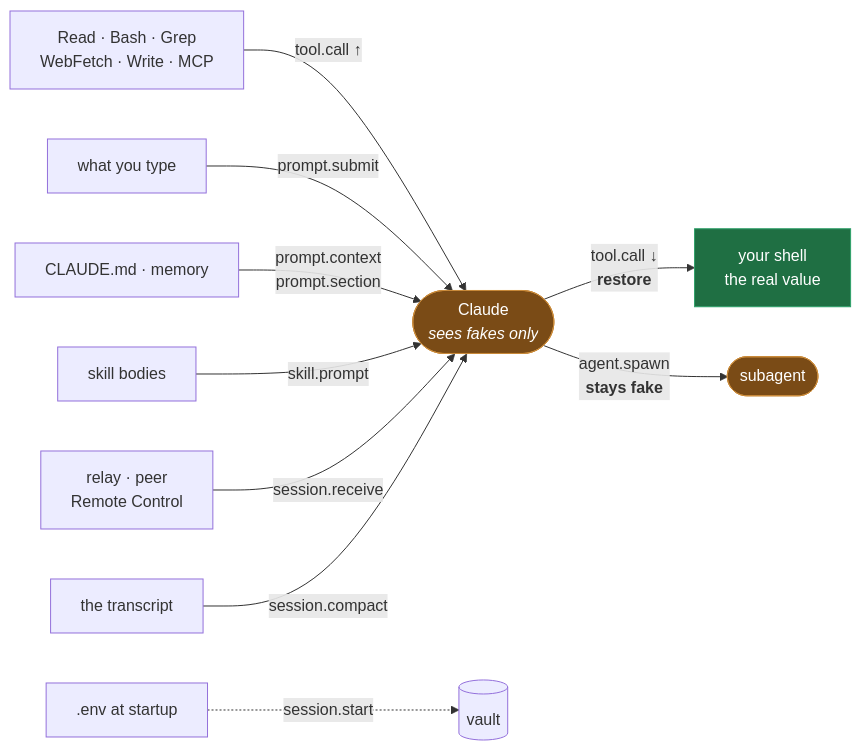
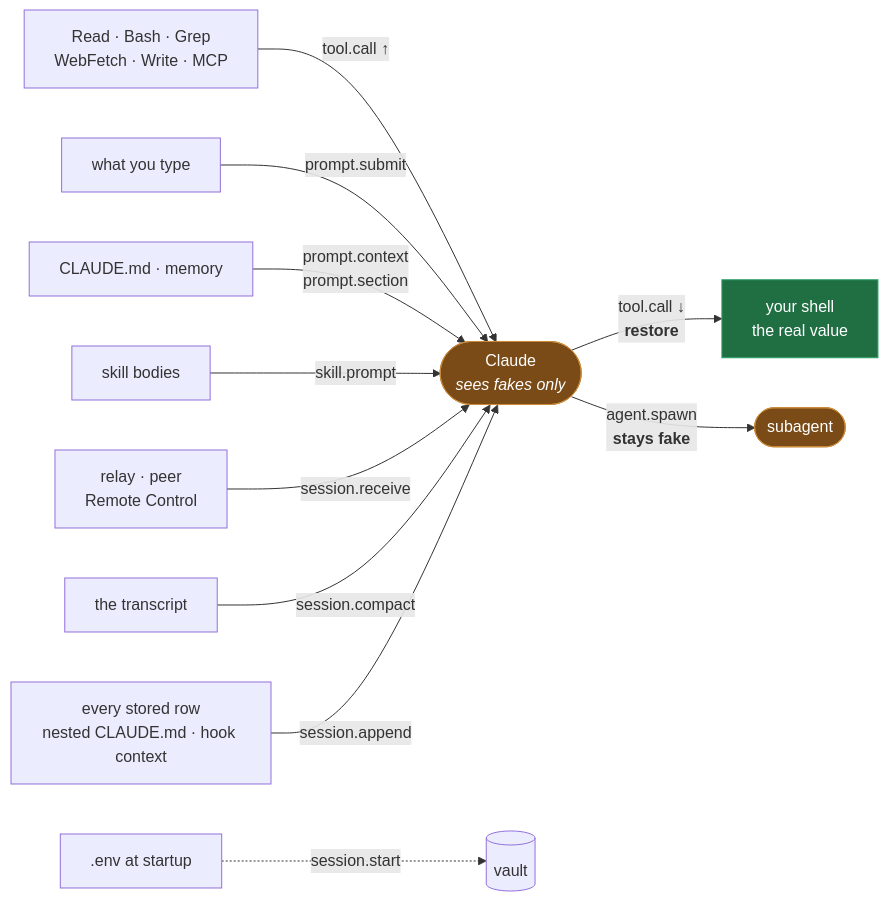
One commit to pratikbin/opensecretmask changed the second of 3 diagrams in README.md. Above: the diagram before and after it, drawn with Mermaid. The commit also changed other lines of this file and 27 other files, not shown here.

First line of the commit message:
feat(detect): mask every row, gate every prefix, add rules

````diff
--- a/README.md
+++ b/README.md
@@ -108,21 +108,22 @@
 ```mermaid
 flowchart LR
     TOOLS["Read · Bash · Grep<br/>WebFetch · Write · MCP"] -->|tool.call ↑| MODEL
     PROMPT["what you type"] -->|prompt.submit| MODEL
     CTX["CLAUDE.md · memory"] -->|prompt.context<br/>prompt.section| MODEL
     DISK["skill bodies"] -->|skill.prompt| MODEL
     RELAY["relay · peer<br/>Remote Control"] -->|session.receive| MODEL
     PAST["the transcript"] -->|session.compact| MODEL
+    ROWS["every stored row<br/>nested CLAUDE.md · hook context"] -->|session.append| MODEL
 
     MODEL(["Claude<br/><i>sees fakes only</i>"])
 
     MODEL -->|tool.call ↓<br/><b>restore</b>| OUT["your shell<br/>the real value"]
     MODEL -->|agent.spawn<br/><b>stays fake</b>| SUB(["subagent"])
 
     ENVF[".env at startup"] -.->|session.start| V[("vault")]
 
     classDef m fill:#7a4b16,stroke:#c98a3a,color:#fff
     classDef r fill:#1f6f43,stroke:#2ea16a,color:#fff
     class MODEL,SUB m
     class OUT r
 ```
````
